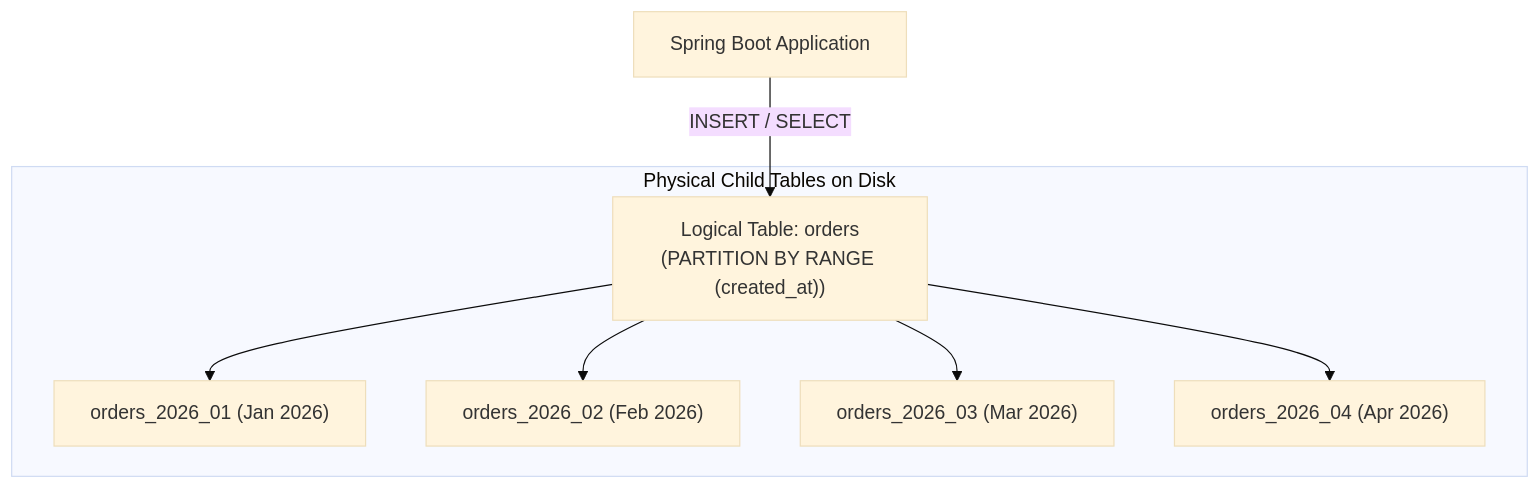
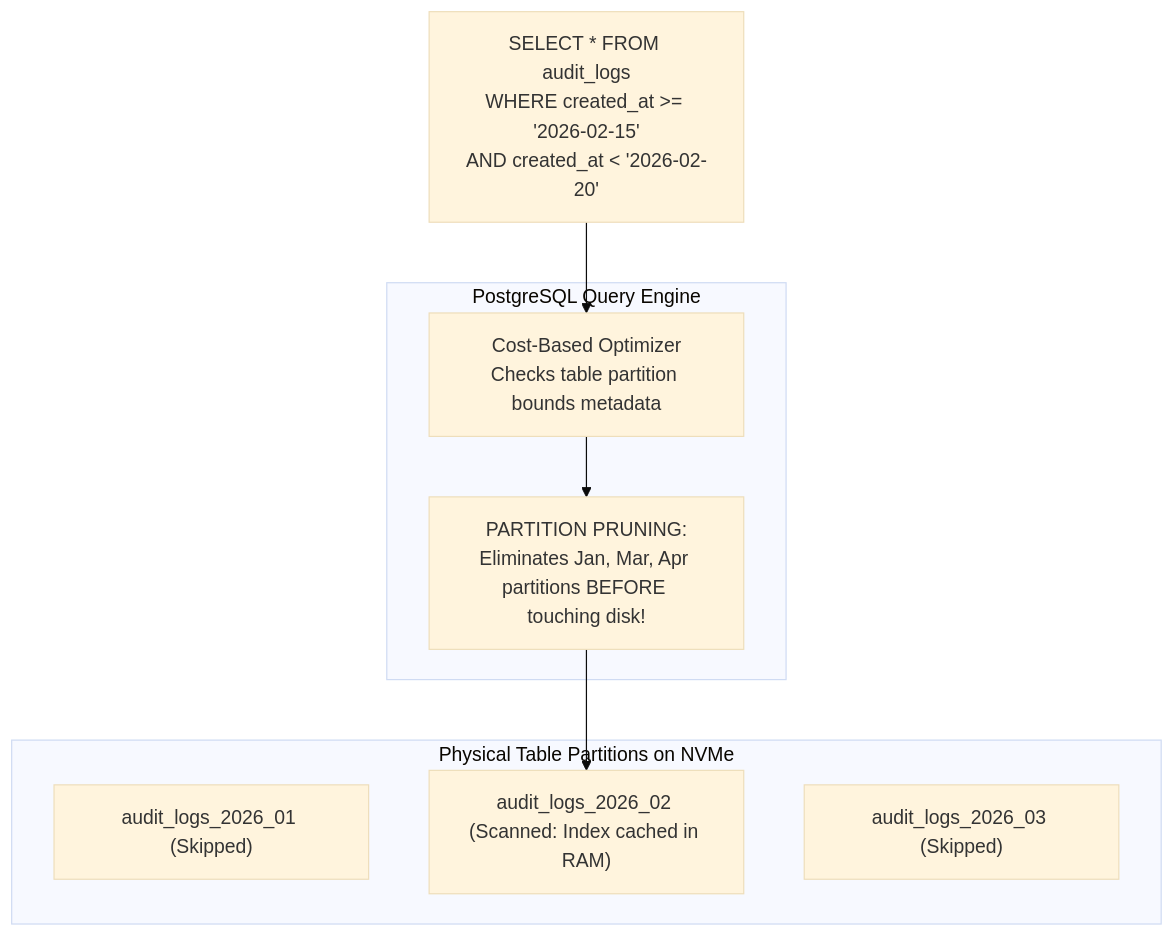
The third of 5 diagrams in docs/database/sharding-partitioning.mdx (weaponxwolf/backend-engineering-mastry), drawn with Mermaid (base theme) before and after one commit. The commit also changed other lines of this file and 15 other files, not shown here.

````diff
--- a/docs/database/sharding-partitioning.mdx
+++ b/docs/database/sharding-partitioning.mdx
@@ -36,11 +182,18 @@
 ```mermaid
 flowchart TD
-    App["Spring Boot Application"] -->|INSERT / SELECT| Orders["Logical Table: orders\n(PARTITION BY RANGE (created_at))"]
+    Query["SELECT * FROM audit_logs\nWHERE created_at >= '2026-02-15'\nAND created_at < '2026-02-20'"]
     
-    subgraph PhysicalTables["Physical Child Tables on Disk"]
-        Orders --> P1["orders_2026_01 (Jan 2026)"]
-        Orders --> P2["orders_2026_02 (Feb 2026)"]
-        Orders --> P3["orders_2026_03 (Mar 2026)"]
-        Orders --> P4["orders_2026_04 (Apr 2026)"]
+    subgraph PostgresEngine["PostgreSQL Query Engine"]
+        Planner["Cost-Based Optimizer\nChecks table partition bounds metadata"]
+        Pruning["PARTITION PRUNING:\nEliminates Jan, Mar, Apr partitions BEFORE touching disk!"]
     end
+
+    subgraph PhysicalDisks["Physical Table Partitions on NVMe"]
+        P1["audit_logs_2026_01 (Skipped)"]
+        P2["audit_logs_2026_02 (Scanned: Index cached in RAM)"]
+        P3["audit_logs_2026_03 (Skipped)"]
+    end
+
+    Query --> Planner --> Pruning
+    Pruning --> P2
 ```
````
